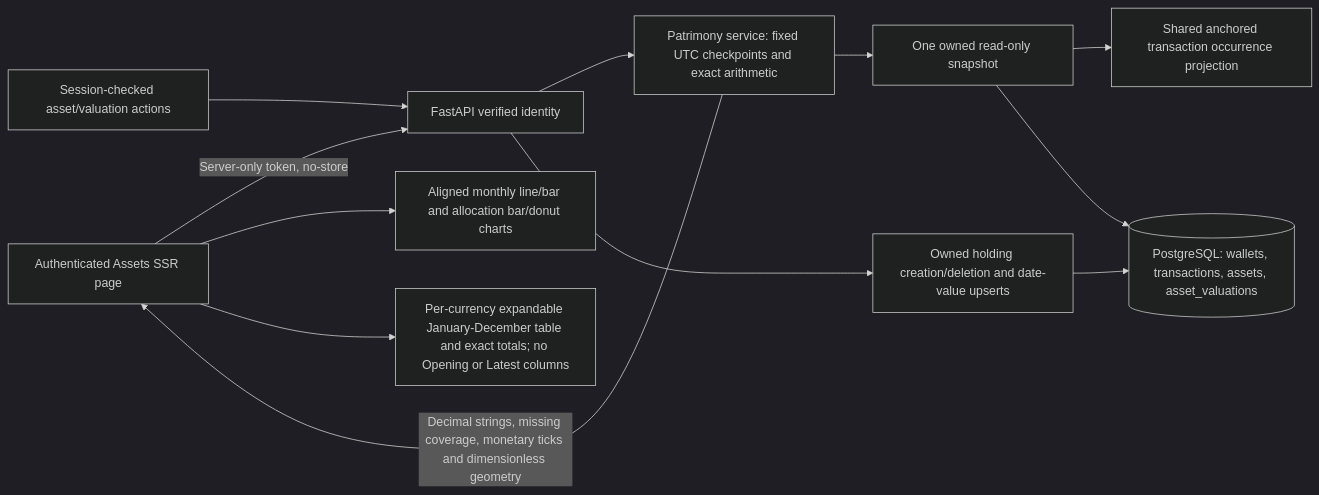
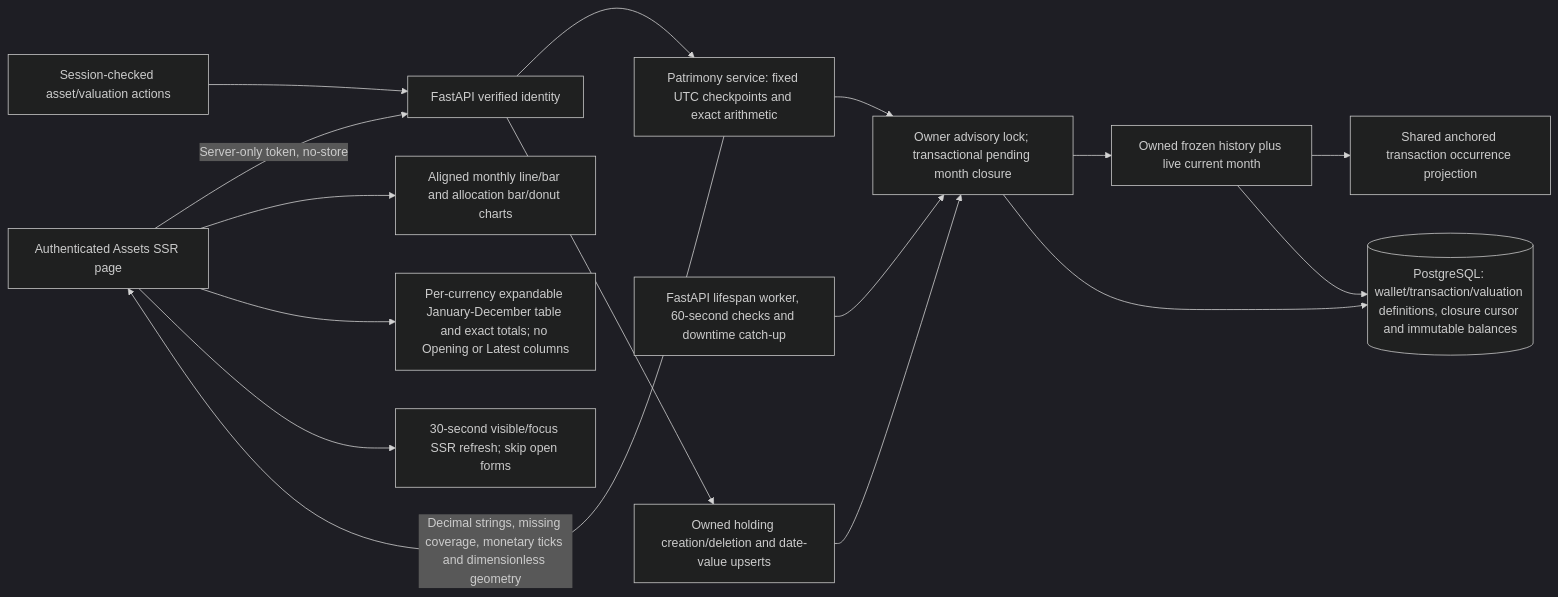
One commit to lucagiorgino/wealth changed the eighth of 34 diagrams in docs/IMPLEMENTATION_STATUS.md. Above: the diagram before and after it, drawn with Mermaid (dark theme). The commit also changed other lines of this file and 27 other files, not shown here.

First line of the commit message:
feat(assets): freeze month-end balances and refresh live totals

````diff
--- a/docs/IMPLEMENTATION_STATUS.md
+++ b/docs/IMPLEMENTATION_STATUS.md
@@ -921,14 +956,18 @@
 ```mermaid
 flowchart LR
     Page["Authenticated Assets SSR page"] -->|"Server-only token, no-store"| API["FastAPI verified identity"]
     Page --> Charts["Aligned monthly line/bar and allocation bar/donut charts"]
     Page --> Table["Per-currency expandable January-December table and exact totals; no Opening or Latest columns"]
     Forms["Session-checked asset/valuation actions"] --> API
     API --> Report["Patrimony service: fixed UTC checkpoints and exact arithmetic"]
-    Report --> Query["One owned read-only snapshot"]
+    Report --> Lock["Owner advisory lock; transactional pending month closure"]
+    Lock --> Query["Owned frozen history plus live current month"]
     Query --> Projection["Shared anchored transaction occurrence projection"]
-    Query --> DB[("PostgreSQL: wallets, transactions, assets, asset_valuations")]
+    Query --> DB[("PostgreSQL: wallet/transaction/valuation definitions, closure cursor and immutable balances")]
+    Worker["FastAPI lifespan worker, 60-second checks and downtime catch-up"] --> Lock
+    Page --> Refresh["30-second visible/focus SSR refresh; skip open forms"]
     API --> Writes["Owned holding creation/deletion and date-value upserts"]
-    Writes --> DB
+    Writes --> Lock
+    Lock --> DB
     Report -->|"Decimal strings, missing coverage, monetary ticks and dimensionless geometry"| Page
 ```
````
